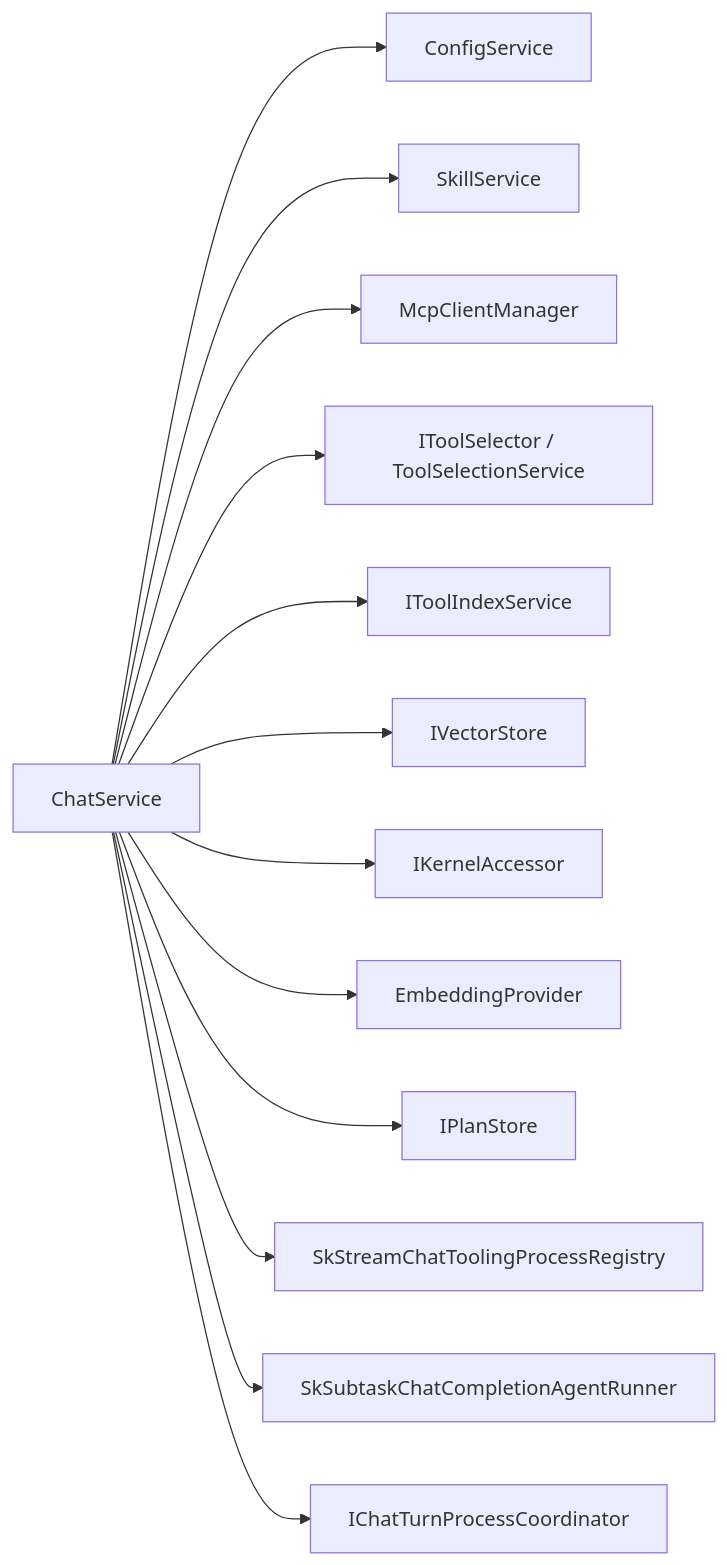
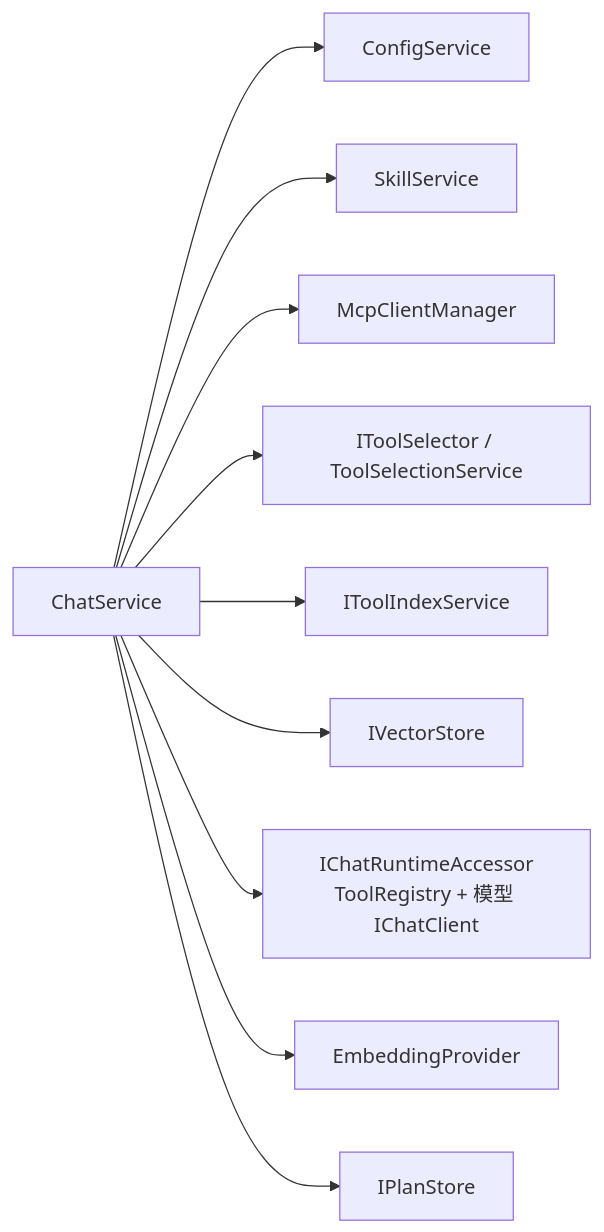
One commit to torsilver/OpenWorkmate changed the fourth of 10 diagrams in docs/architecture-dimensions.md. Above: the diagram before and after it, drawn with Mermaid. The commit also changed other lines of this file and 13 other files, not shown here.

````diff
--- a/docs/architecture-dimensions.md
+++ b/docs/architecture-dimensions.md
@@ -111,17 +116,14 @@
 ```mermaid
 flowchart LR
   CS["ChatService"]
 
   CS --> CFG["ConfigService"]
   CS --> SKL["SkillService"]
   CS --> MCP["McpClientManager"]
   CS --> TS["IToolSelector / ToolSelectionService"]
   CS --> TI["IToolIndexService"]
   CS --> VS["IVectorStore"]
-  CS --> KA["IKernelAccessor"]
+  CS --> CRA["IChatRuntimeAccessor<br/>ToolRegistry + 模型 IChatClient"]
   CS --> EP["EmbeddingProvider"]
   CS --> PS["IPlanStore"]
-  CS --> REG["SkStreamChatToolingProcessRegistry"]
-  CS --> SUB["SkSubtaskChatCompletionAgentRunner"]
-  CS --> COO["IChatTurnProcessCoordinator"]
 ```
````
